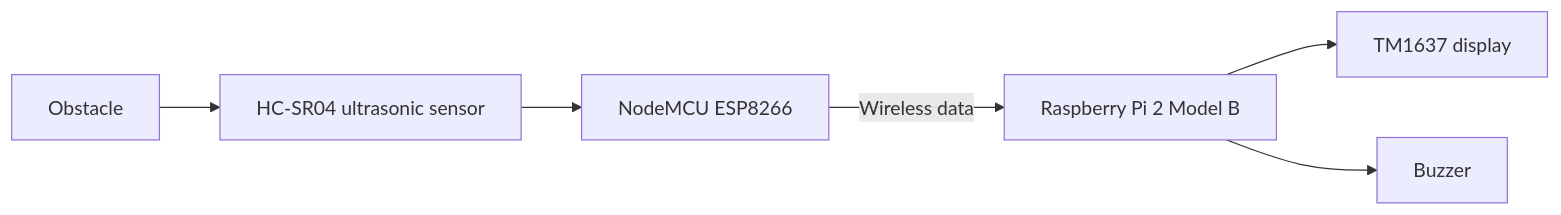
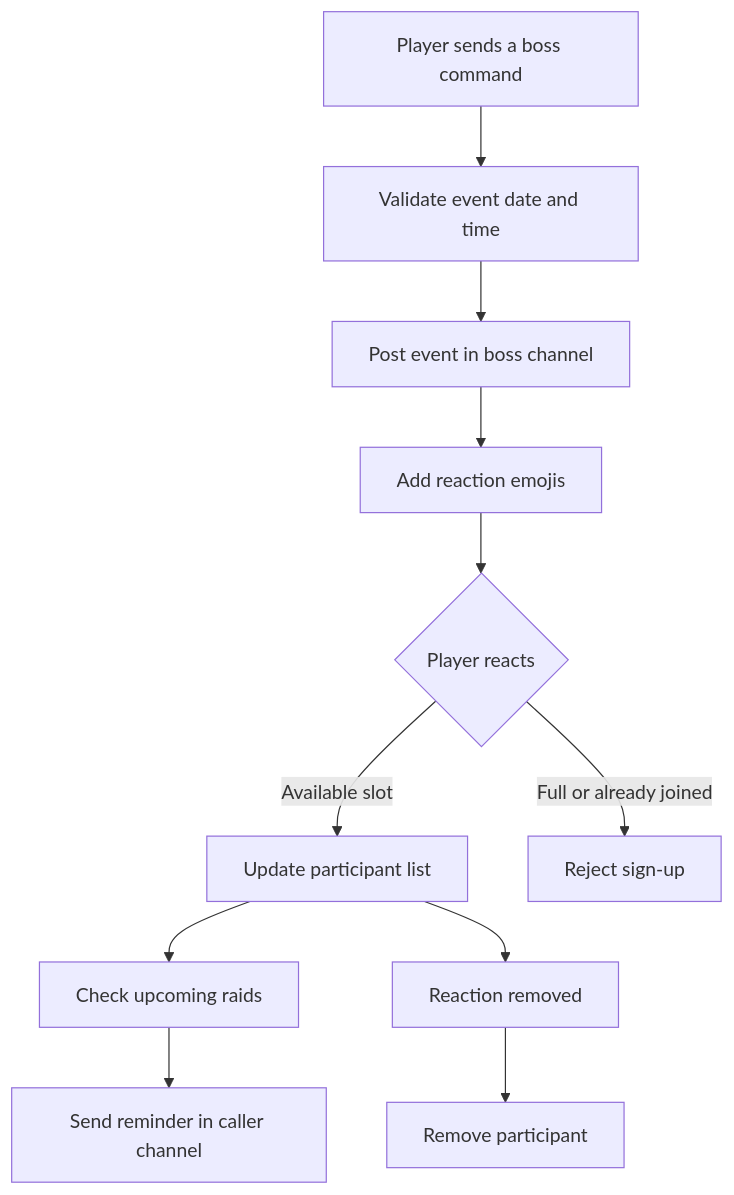
Before and after one commit to GHRik/discordBossBot: the diagram in README.md, drawn with Mermaid. The commit also changed other lines of this file, not shown here.

````diff
--- a/README.md
+++ b/README.md
@@ -24,8 +23,13 @@
 ```mermaid
-flowchart LR
-    A[Obstacle] --> B[HC-SR04 ultrasonic sensor]
-    B --> C[NodeMCU ESP8266]
-    C -->|Wireless data| D[Raspberry Pi 2 Model B]
-    D --> E[TM1637 display]
-    D --> F[Buzzer]
+flowchart TD
+    A[Player sends a boss command] --> B[Validate event date and time]
+    B --> C[Post event in boss channel]
+    C --> D[Add reaction emojis]
+    D --> E{Player reacts}
+    E -->|Available slot| F[Update participant list]
+    E -->|Full or already joined| G[Reject sign-up]
+    F --> H[Check upcoming raids]
+    H --> I[Send reminder in caller channel]
+    F --> J[Reaction removed]
+    J --> K[Remove participant]
 ```
````
